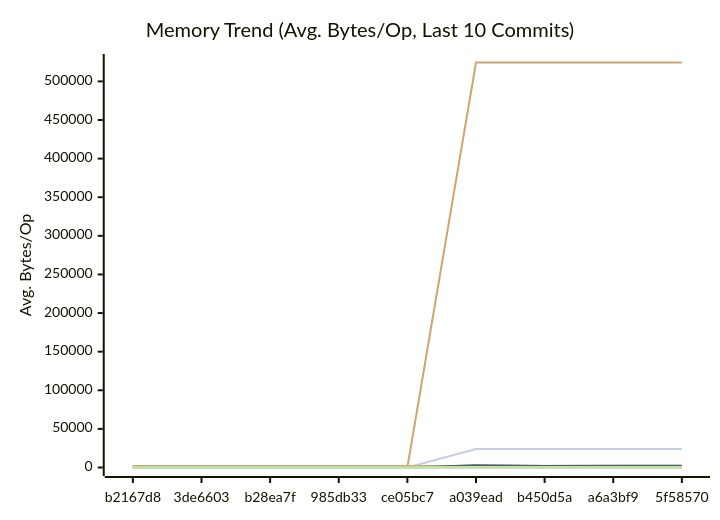
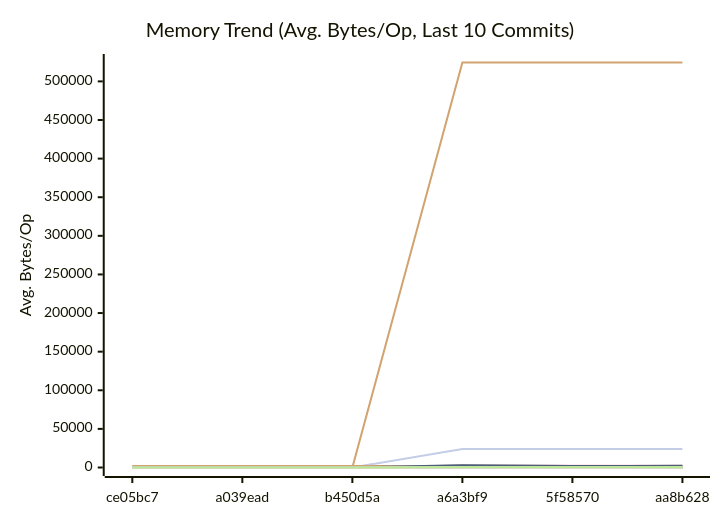
Before and after one commit to alsotoes/momo: the second of 3 diagrams in docs/PERFORMANCE.md, drawn with Mermaid. The commit also changed other lines of this file and 34 other files, not shown here.

````diff
--- a/docs/PERFORMANCE.md
+++ b/docs/PERFORMANCE.md
@@ -300,42 +300,42 @@
 ```mermaid
 xychart-beta
     title "Memory Trend (Avg. Bytes/Op, Last 10 Commits)"
     x-axis "Commit"
     y-axis "Avg. Bytes/Op"
-    x-axis [b2167d8,3de6603,b28ea7f,985db33,ce05bc7,a039ead,b450d5a,a6a3bf9,5f58570]
-    line "AWSChunkedReaderSigned" [134,152,136,134,143,153,142,131,130,147]
-    line "AWSChunkedReaderUnsigned" [129,158,155,142,153,162,145,130,120,153]
+    x-axis [ce05bc7,a039ead,b450d5a,a6a3bf9,5f58570,aa8b628]
+    line "AWSChunkedReaderSigned" [136,134,143,153,142,131,130,147,131,152]
+    line "AWSChunkedReaderUnsigned" [155,142,153,162,145,130,120,153,135,147]
     line "CheckMetricsAndSwap" [0,0,0,0,0,0,0,0,0,0]
     line "CrushOptimized" [0,0,0,0,0,0,0,0,0,0]
     line "CrushOriginal" [164,164,164,164,164,164,164,164,164,164]
-    line "FormatListObjectsV2XML_AppendFormat" [0,0,0,0,0,524440,524442,524457,524463,524446]
-    line "FormatListObjectsV2XML_OldFormat" [0,0,0,0,0,24000,24000,24000,24000,24000]
-    line "HashBytes/1MiB" [0,0,0,0,0,356,303,257,324,307]
-    line "HashBytes/256MiB" [0,0,0,0,0,301,330,286,242,249]
-    line "HashBytes/64MiB" [0,0,0,0,0,351,280,291,300,306]
-    line "HashFile/1MiB" [0,0,0,0,0,305,271,267,261,261]
-    line "HashFile/256MiB" [0,0,0,0,0,298,291,174,252,283]
-    line "HashFile/64MiB" [0,0,0,0,0,332,283,240,221,273]
+    line "FormatListObjectsV2XML_AppendFormat" [0,0,0,524440,524442,524457,524463,524446,524454,524440]
+    line "FormatListObjectsV2XML_OldFormat" [0,0,0,24000,24000,24000,24000,24000,24000,24000]
+    line "HashBytes/1MiB" [0,0,0,356,303,257,324,307,303,331]
+    line "HashBytes/256MiB" [0,0,0,301,330,286,242,249,275,346]
+    line "HashBytes/64MiB" [0,0,0,351,280,291,300,306,306,347]
+    line "HashFile/1MiB" [0,0,0,305,271,267,261,261,261,313]
+    line "HashFile/256MiB" [0,0,0,298,291,174,252,283,277,249]
+    line "HashFile/64MiB" [0,0,0,332,283,240,221,273,250,226]
     line "IndexDirectTracking" [0,0,0,0,0,0,0,0,0,0]
     line "IndexSearch" [0,0,0,0,0,0,0,0,0,0]
-    line "LoadGlobalConfig" [1848,1848,1848,1848,1848,1976,1976,1976,1976,1976]
-    line "LocalWrite/1MiB" [0,0,0,0,0,2714,1959,1683,2004,2716]
-    line "LocalWrite/256MiB" [0,0,0,0,0,2563,2177,2270,2223,2404]
-    line "LocalWrite/64MiB" [0,0,0,0,0,2789,1880,2221,2158,2776]
+    line "LoadGlobalConfig" [1848,1848,1848,1976,1976,1976,1976,1976,1976,1976]
+    line "LocalWrite/1MiB" [0,0,0,2714,1959,1683,2004,2716,1034,2116]
+    line "LocalWrite/256MiB" [0,0,0,2563,2177,2270,2223,2404,2222,2179]
+    line "LocalWrite/64MiB" [0,0,0,2789,1880,2221,2158,2776,2232,2353]
     line "PadString" [64,64,64,64,64,64,64,64,64,64]
     line "ParseReplicationOrder_NoPrealloc" [408,408,408,408,408,248,248,248,248,248]
     line "ParseReplicationOrder_Prealloc" [240,240,240,240,240,80,80,80,80,80]
-    line "Placement" [0,0,0,0,0,352,352,352,352,352]
-    line "PlacementDomainSpread" [0,0,0,0,0,352,352,352,352,352]
-    line "ReadVerify/1MiB" [0,0,0,0,0,316,252,237,270,284]
-    line "ReadVerify/256MiB" [0,0,0,0,0,322,287,256,268,303]
-    line "ReadVerify/64MiB" [0,0,0,0,0,316,322,241,295,322]
-    line "S3PutSpool/1MiB" [0,0,0,0,0,287,281,227,254,264]
-    line "S3PutSpool/256MiB" [0,0,0,0,0,254,245,213,271,241]
-    line "S3PutSpool/64MiB" [0,0,0,0,0,222,269,234,286,234]
+    line "Placement" [0,0,0,352,352,352,352,352,352,352]
+    line "PlacementDomainSpread" [0,0,0,352,352,352,352,352,352,352]
+    line "ReadVerify/1MiB" [0,0,0,316,252,237,270,284,342,263]
+    line "ReadVerify/256MiB" [0,0,0,322,287,256,268,303,291,244]
+    line "ReadVerify/64MiB" [0,0,0,316,322,241,295,322,283,268]
+    line "S3PutSpool/1MiB" [0,0,0,287,281,227,254,264,205,287]
+    line "S3PutSpool/256MiB" [0,0,0,254,245,213,271,241,260,239]
+    line "S3PutSpool/64MiB" [0,0,0,222,269,234,286,234,263,217]
     line "SanitizeLog/Safe" [0,0,0,0,0,0,0,0,0,0]
     line "SanitizeLog/Unsafe" [704,704,704,704,704,704,704,704,704,704]
-    line "TrustedRead/1MiB" [0,0,0,0,0,297,289,226,325,241]
-    line "TrustedRead/256MiB" [0,0,0,0,0,283,315,219,242,305]
-    line "TrustedRead/64MiB" [0,0,0,0,0,308,244,238,322,299]
+    line "TrustedRead/1MiB" [0,0,0,297,289,226,325,241,291,264]
+    line "TrustedRead/256MiB" [0,0,0,283,315,219,242,305,231,254]
+    line "TrustedRead/64MiB" [0,0,0,308,244,238,322,299,233,214]
 ```
````
